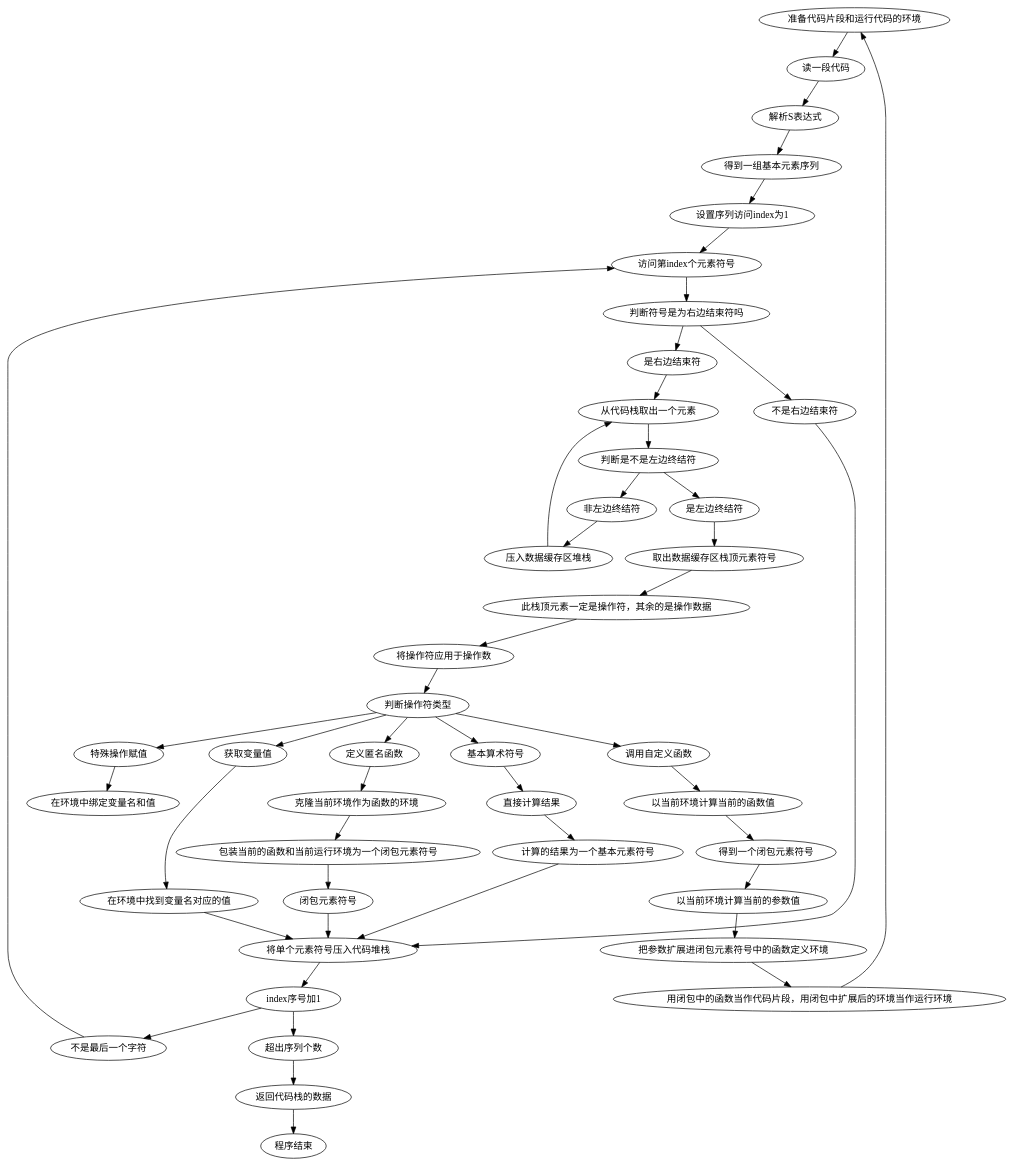
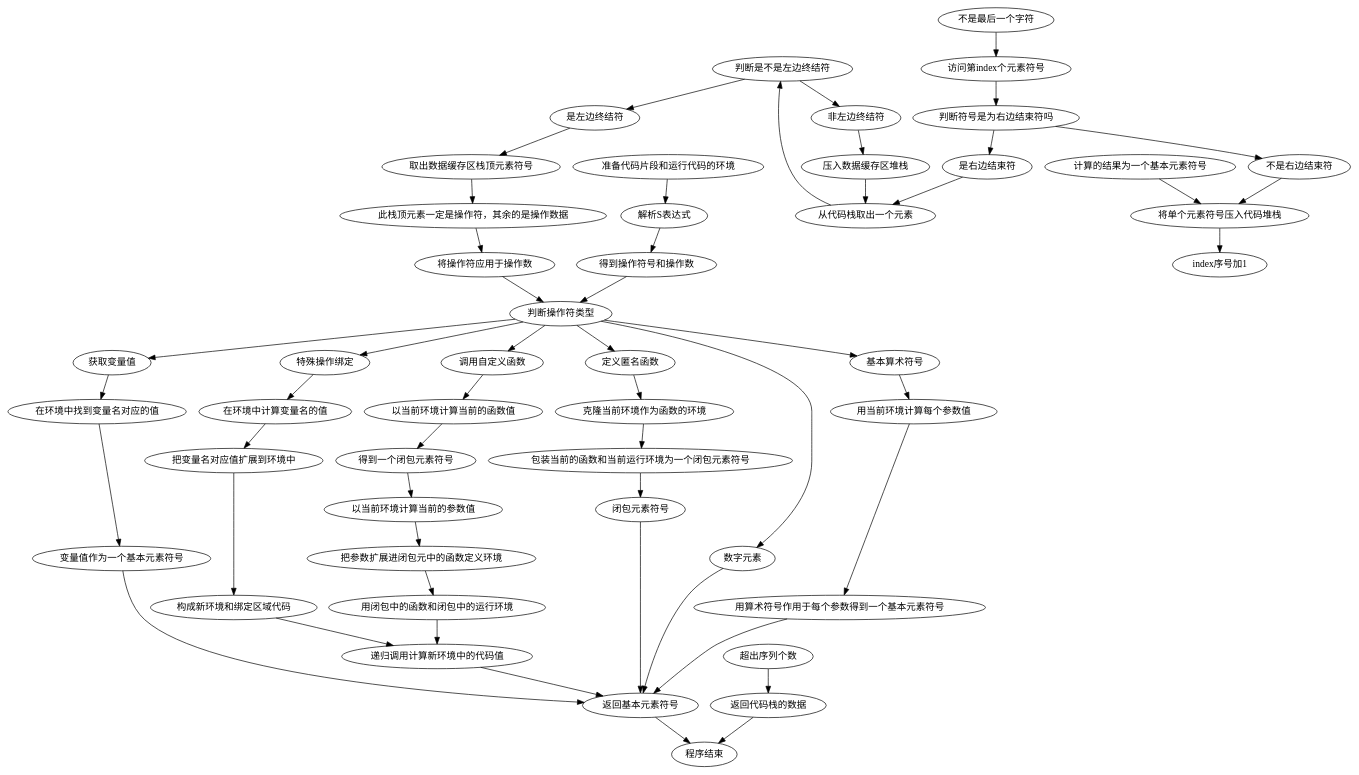
One commit to TLGK123/ReaktorEnginePre-Alpha changed the diagram in Book/过程/test.dot. Above: the diagram before and after it, drawn with Graphviz.

Commit message:
更加抽象解释过程

```diff
--- a/Book/过程/test.dot
+++ b/Book/过程/test.dot
@@ -1,30 +1,33 @@
 digraph graphname {
 
-    准备代码片段和运行代码的环境 ->读一段代码 -> 解析S表达式
-    解析S表达式 -> 得到一组基本元素序列 ->设置序列访问index为1 -> 访问第index个元素符号
+    准备代码片段和运行代码的环境 -> 解析S表达式
+    解析S表达式 ->得到操作符号和操作数-> 判断操作符类型  
     访问第index个元素符号 -> 判断符号是为右边结束符吗
     判断符号是为右边结束符吗 -> 不是右边结束符
     判断符号是为右边结束符吗 -> 是右边结束符
     不是右边结束符 -> 将单个元素符号压入代码堆栈 -> index序号加1
-    index序号加1 -> 超出序列个数
-    index序号加1 -> 不是最后一个字符
+
+
     不是最后一个字符 -> 访问第index个元素符号
     是右边结束符-> 从代码栈取出一个元素
     从代码栈取出一个元素 -> 判断是不是左边终结符
     判断是不是左边终结符 -> 是左边终结符
     判断是不是左边终结符 -> 非左边终结符
     是左边终结符 -> 取出数据缓存区栈顶元素符号 ->此栈顶元素一定是操作符，其余的是操作数据
     此栈顶元素一定是操作符，其余的是操作数据 -> 将操作符应用于操作数
     非左边终结符 -> 压入数据缓存区堆栈
     计算的结果为一个基本元素符号 -> 将单个元素符号压入代码堆栈
     压入数据缓存区堆栈 -> 从代码栈取出一个元素
     超出序列个数 -> 返回代码栈的数据 -> 程序结束
     将操作符应用于操作数 -> 判断操作符类型 
-    判断操作符类型 -> 基本算术符号 -> 直接计算结果 -> 计算的结果为一个基本元素符号
-    判断操作符类型 -> 获取变量值 -> 在环境中找到变量名对应的值 -> 将单个元素符号压入代码堆栈
-    判断操作符类型 -> 特殊操作赋值 -> 在环境中绑定变量名和值
-    判断操作符类型 -> 定义匿名函数 -> 克隆当前环境作为函数的环境-> 包装当前的函数和当前运行环境为一个闭包元素符号 -> 闭包元素符号-> 将单个元素符号压入代码堆栈
-    判断操作符类型 -> 调用自定义函数 ->以当前环境计算当前的函数值->得到一个闭包元素符号 -> 以当前环境计算当前的参数值 
-    以当前环境计算当前的参数值 -> 把参数扩展进闭包元素符号中的函数定义环境 ->用闭包中的函数当作代码片段，用闭包中扩展后的环境当作运行环境->准备代码片段和运行代码的环境
+    判断操作符类型 -> 基本算术符号 -> 用当前环境计算每个参数值 ->用算术符号作用于每个参数得到一个基本元素符号->返回基本元素符号
+    判断操作符类型 -> 获取变量值 -> 在环境中找到变量名对应的值 -> 变量值作为一个基本元素符号->返回基本元素符号
+    判断操作符类型 -> 特殊操作绑定 -> 在环境中计算变量名的值-> 把变量名对应值扩展到环境中 -> 构成新环境和绑定区域代码
+    构成新环境和绑定区域代码 -> 递归调用计算新环境中的代码值 -> 返回基本元素符号
+    判断操作符类型 -> 定义匿名函数 -> 克隆当前环境作为函数的环境-> 包装当前的函数和当前运行环境为一个闭包元素符号 -> 闭包元素符号-> 返回基本元素符号
+    判断操作符类型 -> 调用自定义函数 ->以当前环境计算当前的函数值->得到一个闭包元素符号 -> 以当前环境计算当前的参数值    
+    以当前环境计算当前的参数值 -> 把参数扩展进闭包元中的函数定义环境 ->用闭包中的函数和闭包中的运行环境->递归调用计算新环境中的代码值
+    判断操作符类型 -> 数字元素 ->返回基本元素符号
+    返回基本元素符号 -> 程序结束
    
 }
```
